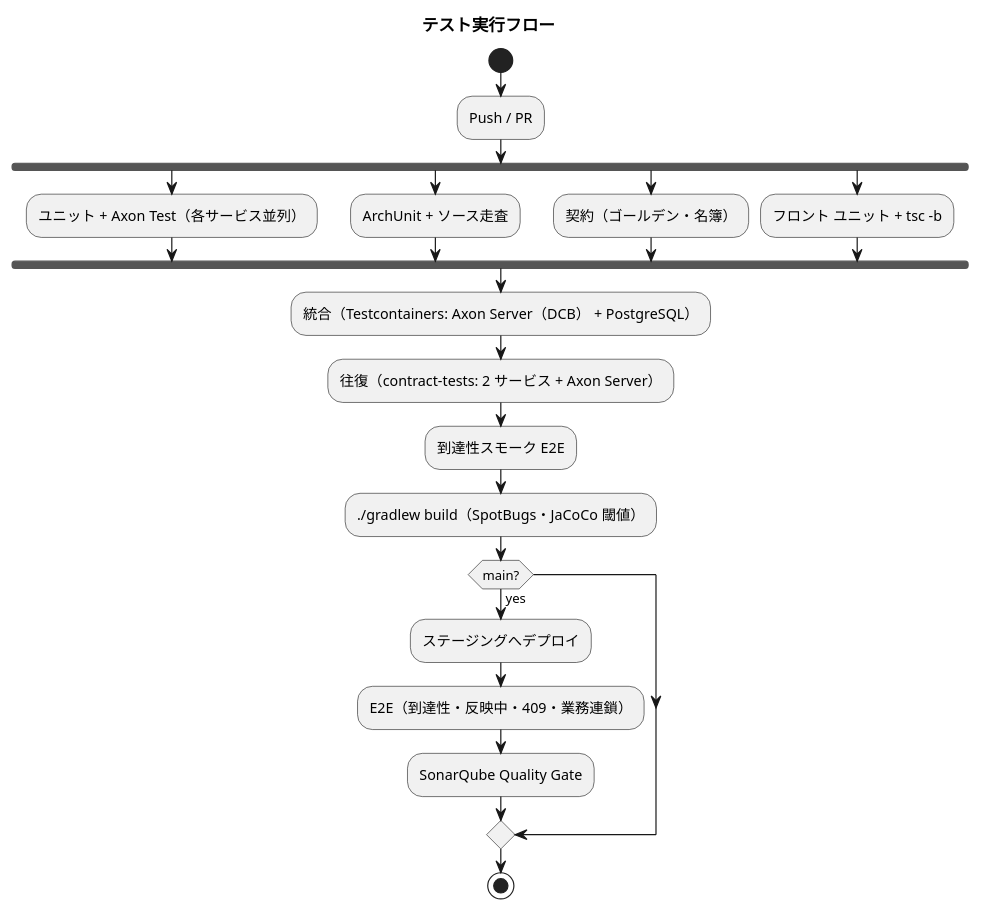
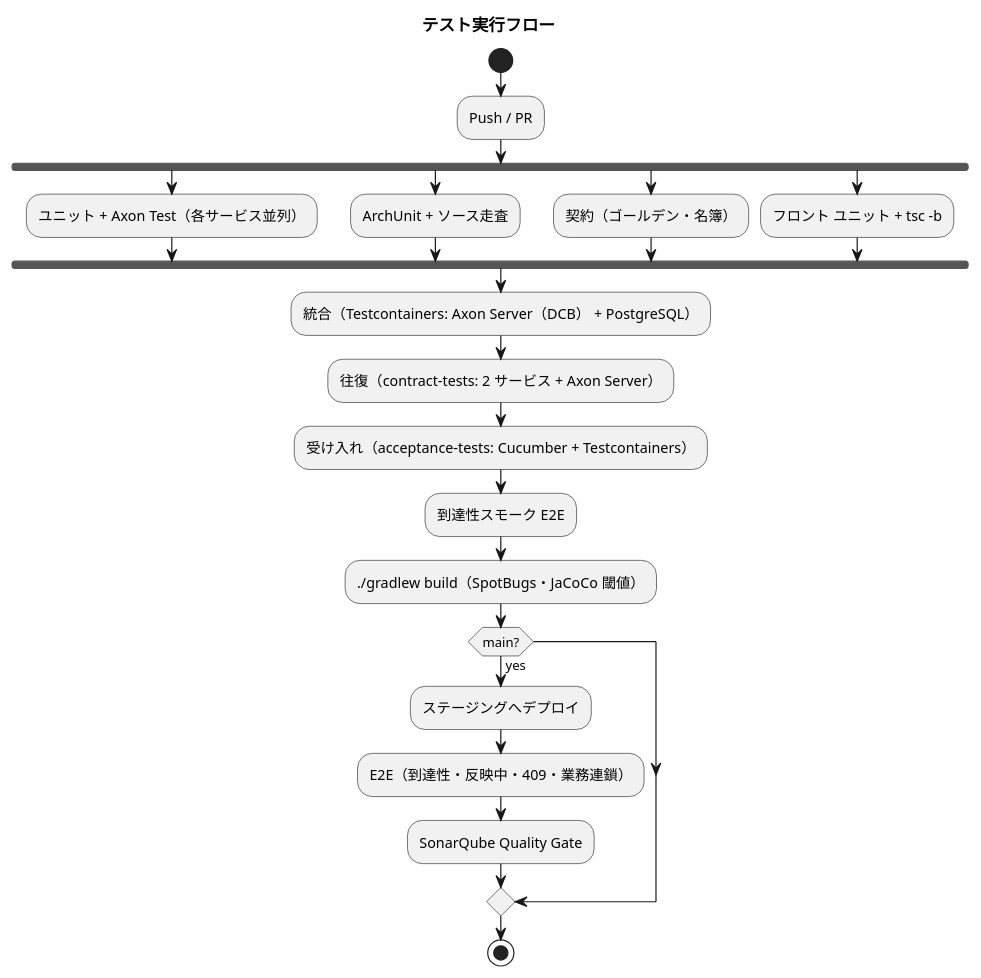
One commit to k2works/case-study-cargo-tracker changed the second of 2 diagrams in docs/design/cargo-tracker/test_strategy.md. Above: the diagram before and after it, drawn with PlantUML. The commit also changed other lines of this file and 5 other files, not shown here.

````diff
--- a/docs/design/cargo-tracker/test_strategy.md
+++ b/docs/design/cargo-tracker/test_strategy.md
@@ -302,26 +341,27 @@
 ```plantuml
 @startuml
 title テスト実行フロー
 start
 :Push / PR;
 fork
   :ユニット + Axon Test（各サービス並列）;
 fork again
   :ArchUnit + ソース走査;
 fork again
   :契約（ゴールデン・名簿）;
 fork again
   :フロント ユニット + tsc -b;
 end fork
 :統合（Testcontainers: Axon Server（DCB） + PostgreSQL）;
 :往復（contract-tests: 2 サービス + Axon Server）;
+:受け入れ（acceptance-tests: Cucumber + Testcontainers）;
 :到達性スモーク E2E;
 :./gradlew build（SpotBugs・JaCoCo 閾値）;
 if (main?) then (yes)
   :ステージングへデプロイ;
   :E2E（到達性・反映中・409・業務連鎖）;
   :SonarQube Quality Gate;
 endif
 stop
 @enduml
 ```
````
